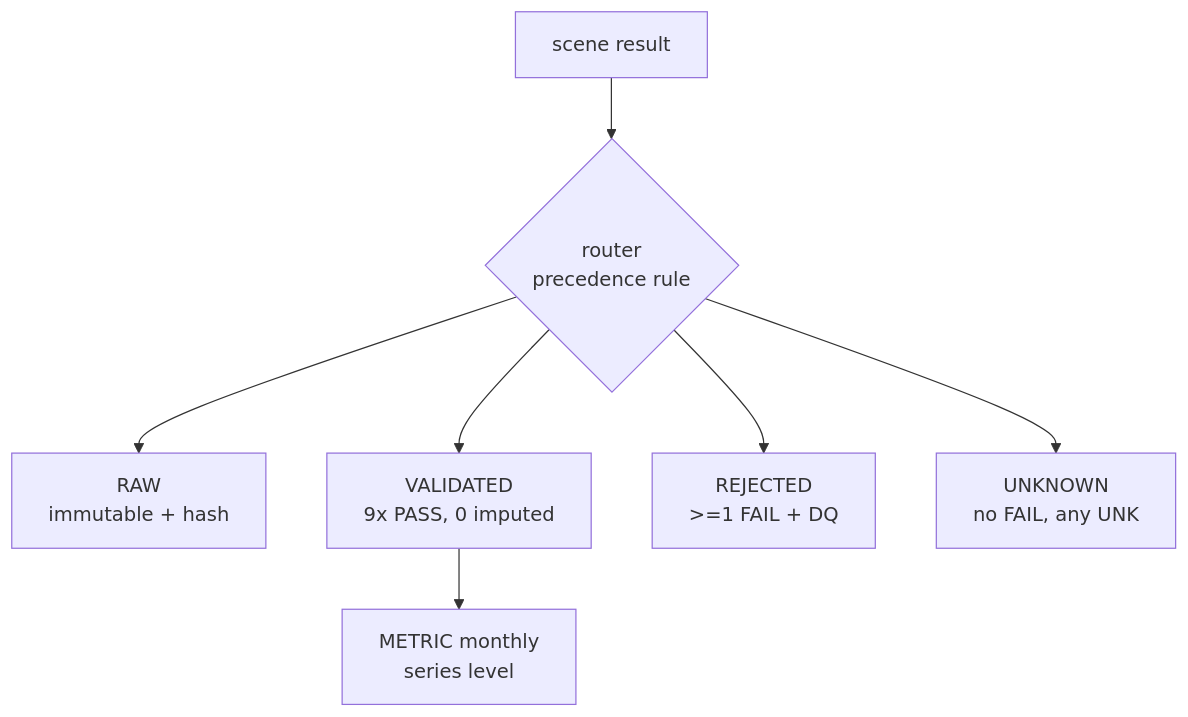
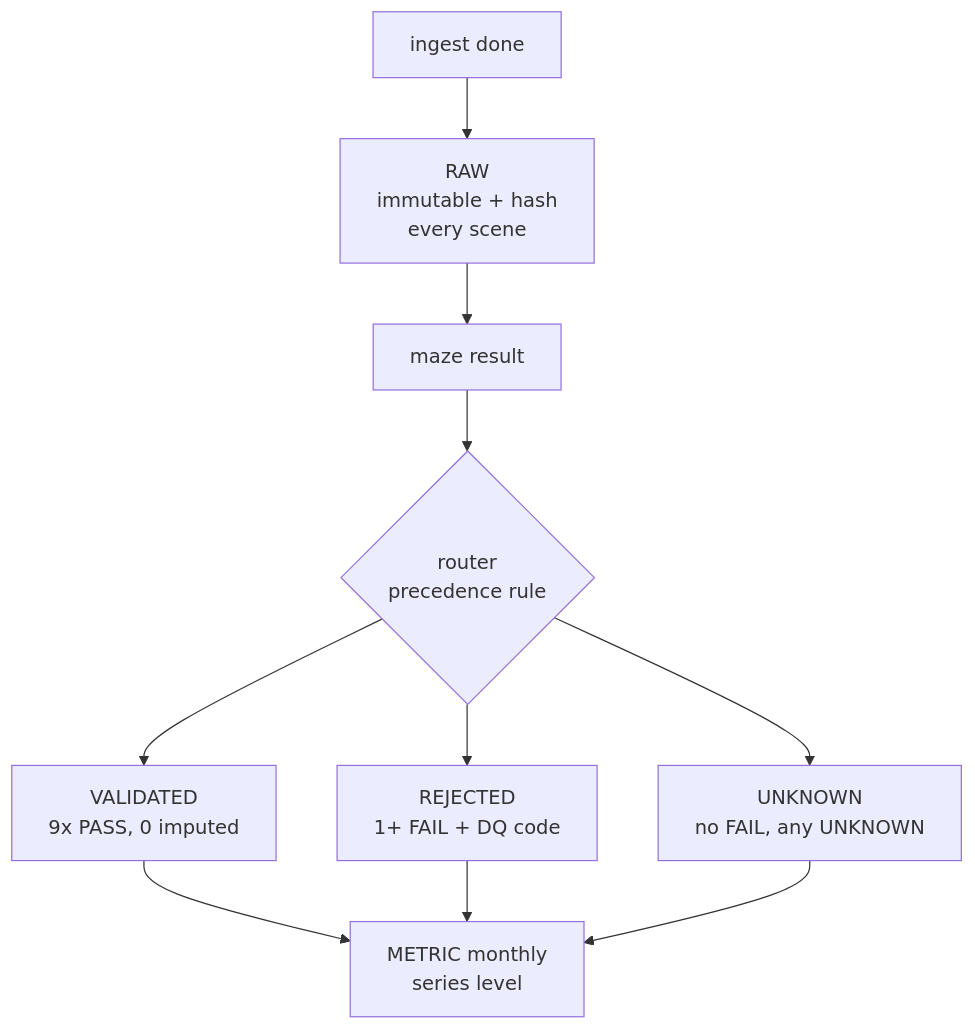
The fifth of 8 diagrams in docs/maze-flow.md (racosta-data/lots-twin), drawn with Mermaid before and after one commit. The commit also changed other lines of this file, not shown here.

Commit message:
docs: align diagrams with approved decisions, add pending D1 D2 D6 (#2)

````diff
--- a/docs/maze-flow.md
+++ b/docs/maze-flow.md
@@ -106,9 +111,12 @@
 ```mermaid
 flowchart TD
-  RES[scene result] --> ROUTER{router<br/>precedence rule}
-  ROUTER --> RAW[RAW<br/>immutable + hash]
+  ING[ingest done] --> RAW[RAW<br/>immutable + hash<br/>every scene]
+  RAW --> MZ[maze result]
+  MZ --> ROUTER{router<br/>precedence rule}
   ROUTER --> VAL[VALIDATED<br/>9x PASS, 0 imputed]
-  ROUTER --> REJ[REJECTED<br/>>=1 FAIL + DQ]
-  ROUTER --> UNK[UNKNOWN<br/>no FAIL, any UNK]
+  ROUTER --> REJ[REJECTED<br/>1+ FAIL + DQ code]
+  ROUTER --> UNK[UNKNOWN<br/>no FAIL, any UNKNOWN]
   VAL --> MET[METRIC monthly<br/>series level]
+  REJ --> MET
+  UNK --> MET
 ```
````
